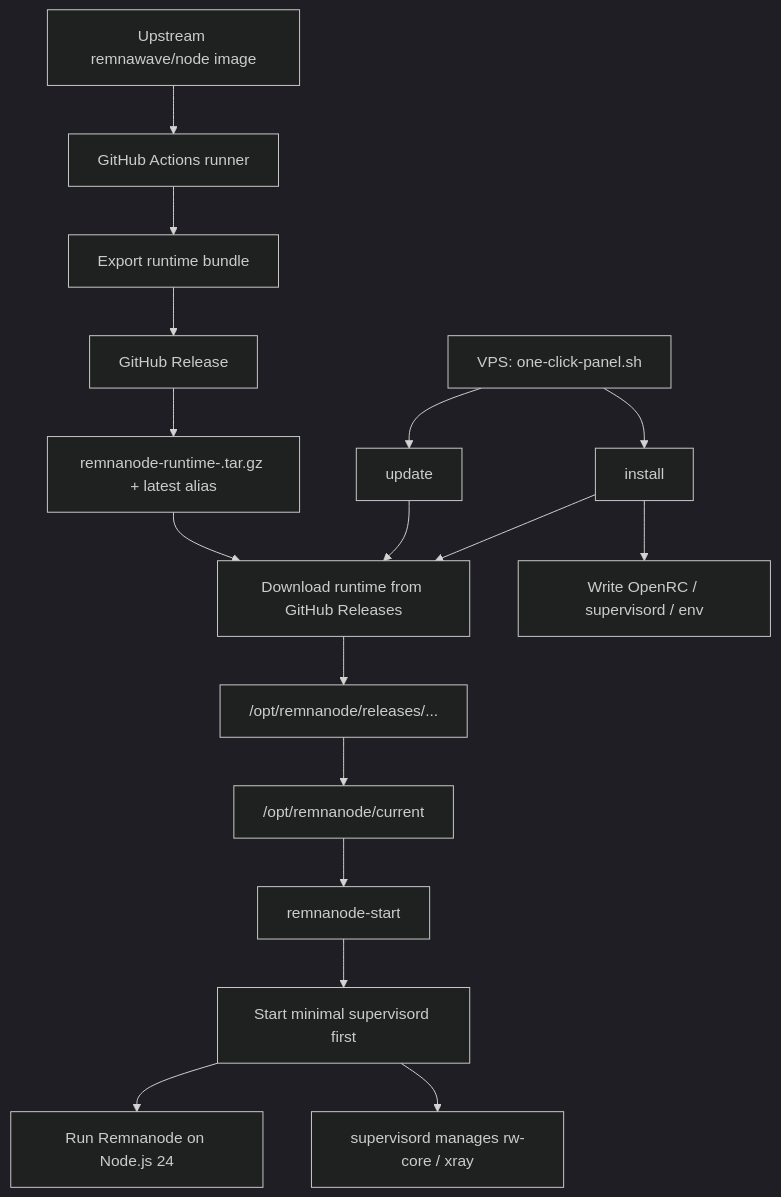
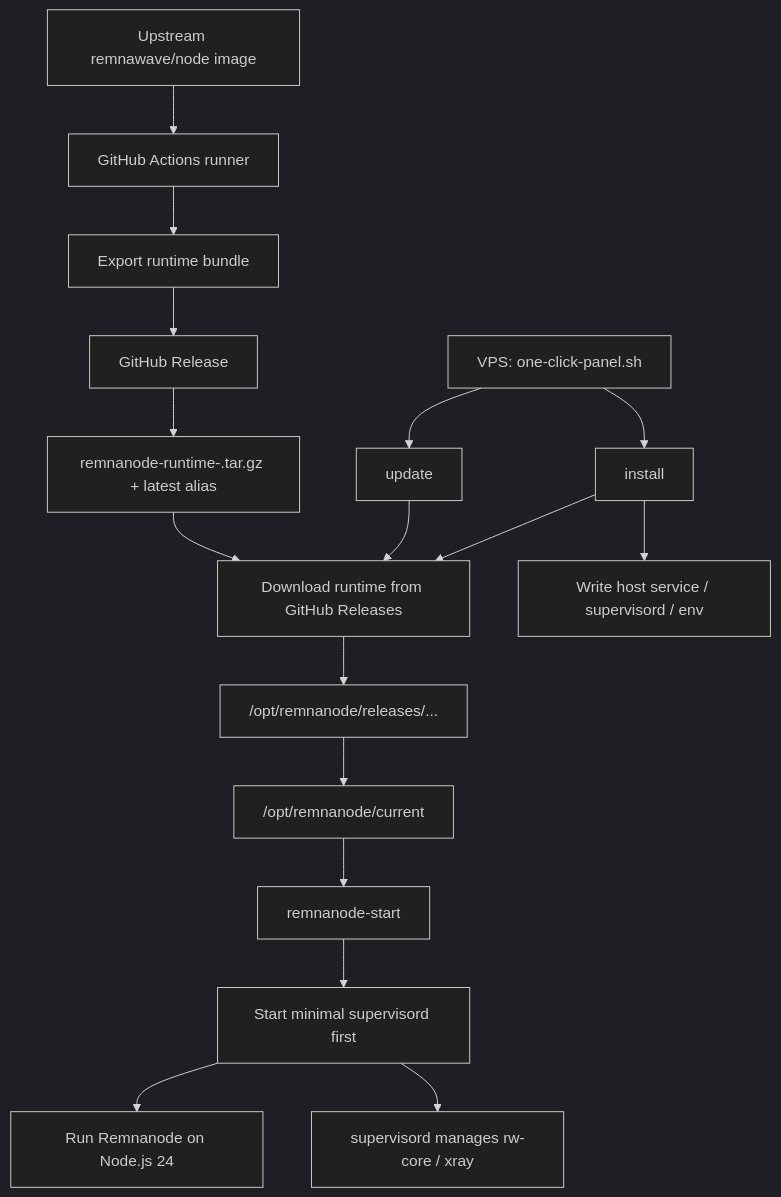
Before and after one commit to x-socks/remnanode-lite: the diagram in README.md, drawn with Mermaid (dark theme). The commit also changed other lines of this file and 11 other files, not shown here.

````diff
--- a/README.md
+++ b/README.md
@@ -9,23 +9,23 @@
 ```mermaid
 flowchart TB
     A["Upstream remnawave/node image"] --> B["GitHub Actions runner"]
     B --> C["Export runtime bundle"]
     C --> D["GitHub Release"]
     D --> E["remnanode-runtime-<version>.tar.gz + latest alias"]
 
     F["VPS: one-click-panel.sh"] --> G["install"]
     F --> H["update"]
 
     G --> I["Download runtime from GitHub Releases"]
-    G --> J["Write OpenRC / supervisord / env"]
+    G --> J["Write host service / supervisord / env"]
 
     H --> I
 
     E --> I
     I --> K["/opt/remnanode/releases/..."]
     K --> L["/opt/remnanode/current"]
     L --> M["remnanode-start"]
     M --> N["Start minimal supervisord first"]
     N --> O["Run Remnanode on Node.js 24"]
     N --> P["supervisord manages rw-core / xray"]
 ```
````
